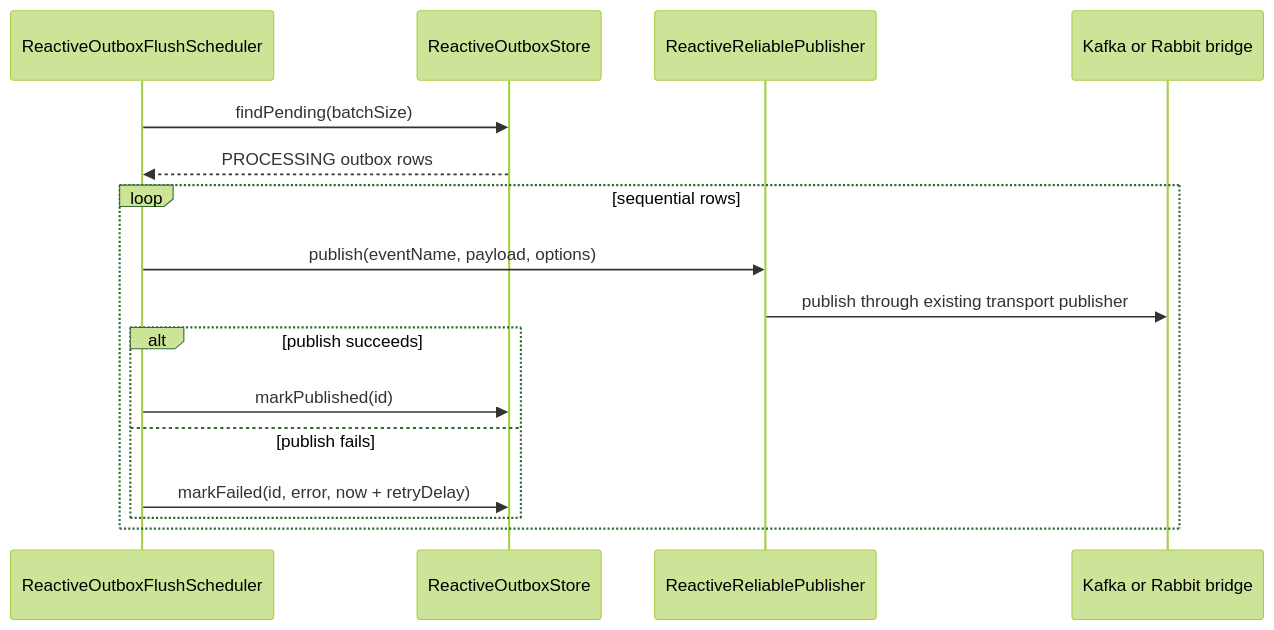
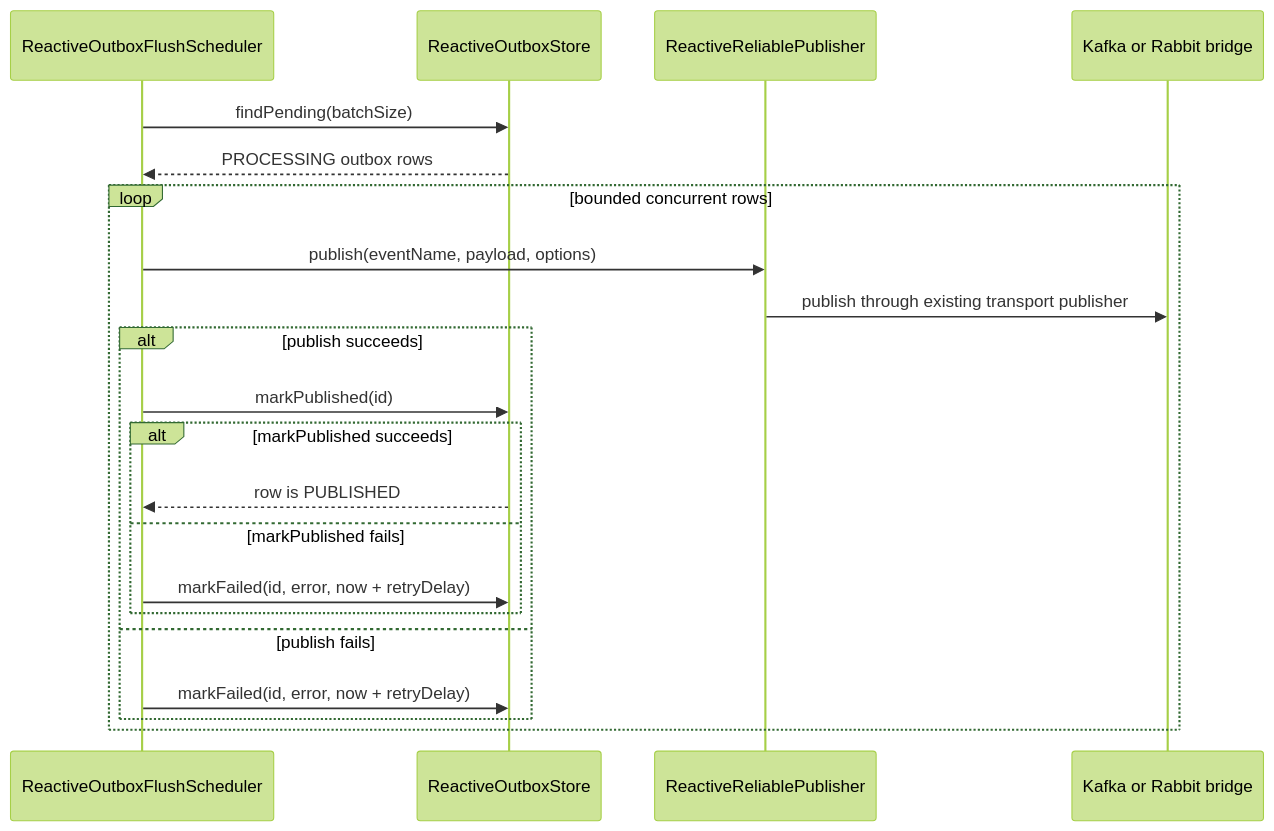
One commit to huynhngochuyhoang/reliable-message changed the diagram in docs/milestone-14-8-1-r2dbc-outbox-flusher.md. Above: the diagram before and after it, drawn with Mermaid (forest theme). The commit also changed other lines of this file and 13 other files, not shown here.

````diff
--- a/docs/milestone-14-8-1-r2dbc-outbox-flusher.md
+++ b/docs/milestone-14-8-1-r2dbc-outbox-flusher.md
@@ -76,19 +89,24 @@
 ```mermaid
 sequenceDiagram
     participant Scheduler as ReactiveOutboxFlushScheduler
     participant Store as ReactiveOutboxStore
     participant Publisher as ReactiveReliablePublisher
     participant Transport as Kafka or Rabbit bridge
 
     Scheduler->>Store: findPending(batchSize)
     Store-->>Scheduler: PROCESSING outbox rows
-    loop sequential rows
+    loop bounded concurrent rows
         Scheduler->>Publisher: publish(eventName, payload, options)
         Publisher->>Transport: publish through existing transport publisher
         alt publish succeeds
             Scheduler->>Store: markPublished(id)
+            alt markPublished succeeds
+                Store-->>Scheduler: row is PUBLISHED
+            else markPublished fails
+                Scheduler->>Store: markFailed(id, error, now + retryDelay)
+            end
         else publish fails
             Scheduler->>Store: markFailed(id, error, now + retryDelay)
         end
     end
 ```
````
